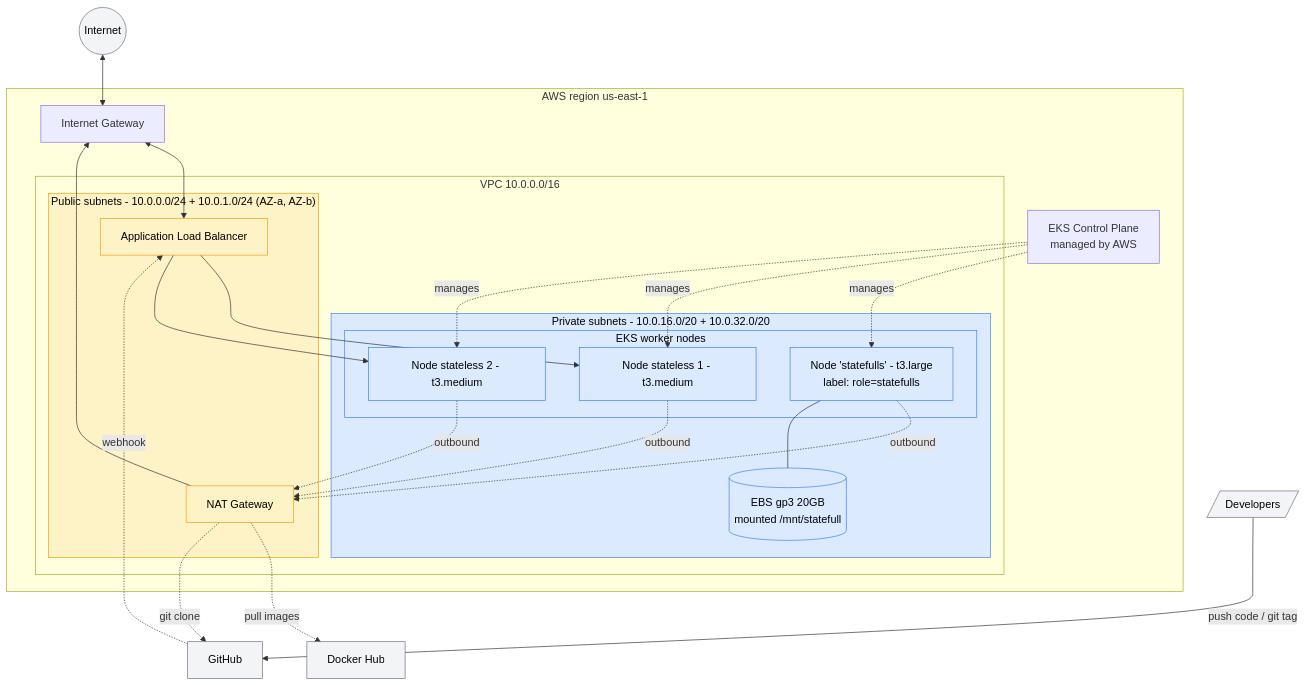
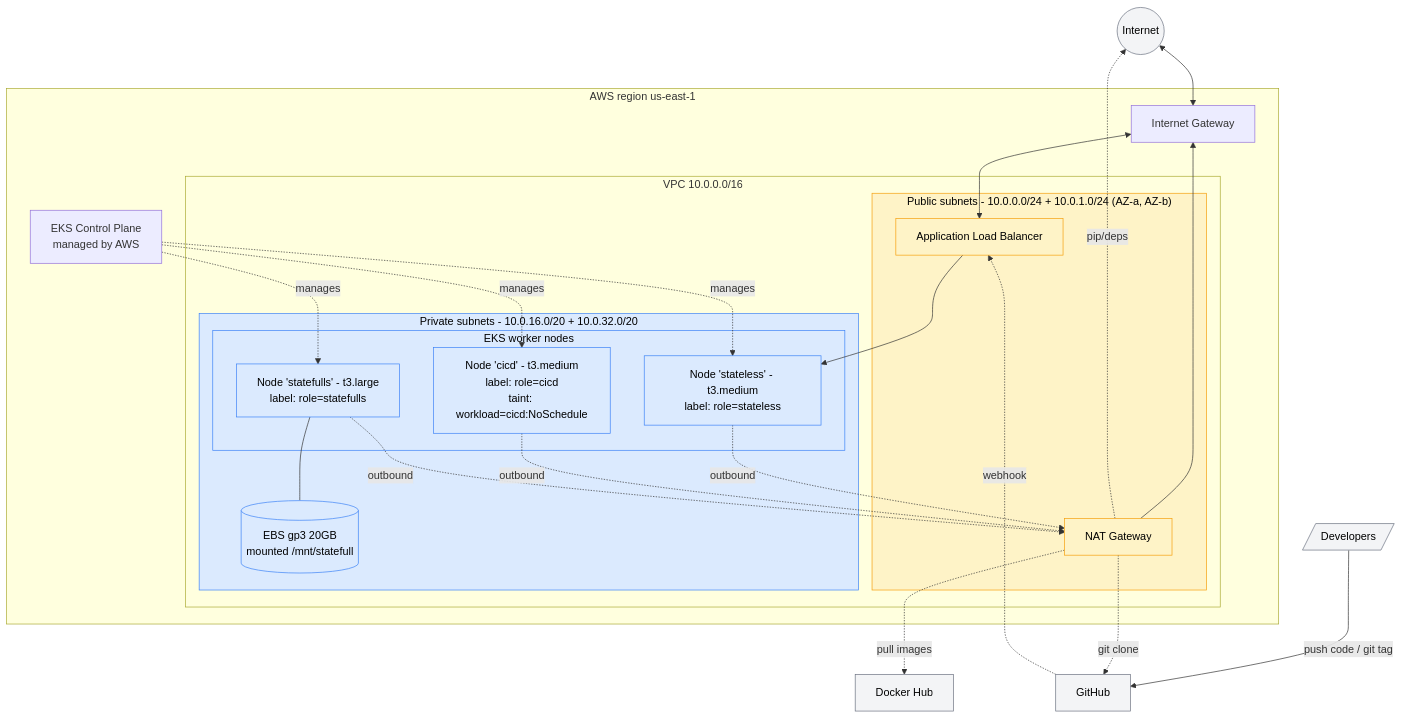
One commit to Valentino-33/tochallenge-belo changed the first of 3 diagrams in docs/architecture.md. Above: the diagram before and after it, drawn with Mermaid. The commit also changed other lines of this file and 51 other files, not shown here.

````diff
--- a/docs/architecture.md
+++ b/docs/architecture.md
@@ -11,55 +11,55 @@
 ```mermaid
 flowchart TB
     Internet((Internet))
     Dev[/Developers/]
     GH[GitHub]
     DH[Docker Hub]
 
     Dev -->|push code / git tag| GH
 
     subgraph AWS["AWS region us-east-1"]
         IGW[Internet Gateway]
 
         subgraph VPC["VPC 10.0.0.0/16"]
             subgraph PUB["Public subnets - 10.0.0.0/24 + 10.0.1.0/24 (AZ-a, AZ-b)"]
                 ALB[Application Load Balancer]
                 NAT[NAT Gateway]
             end
 
             subgraph PRIV["Private subnets - 10.0.16.0/20 + 10.0.32.0/20"]
                 subgraph NODES["EKS worker nodes"]
                     SF["Node 'statefulls' - t3.large<br/>label: role=statefulls"]
-                    SL1["Node stateless 1 - t3.medium"]
-                    SL2["Node stateless 2 - t3.medium"]
+                    SL1["Node 'stateless' - t3.medium<br/>label: role=stateless"]
+                    CI["Node 'cicd' - t3.medium<br/>label: role=cicd<br/>taint: workload=cicd:NoSchedule"]
                 end
                 EBS[("EBS gp3 20GB<br/>mounted /mnt/statefull")]
             end
         end
 
         CP[EKS Control Plane<br/>managed by AWS]
     end
 
     Internet <--> IGW
     IGW <--> ALB
     ALB --> SL1
-    ALB --> SL2
     SL1 -.outbound.-> NAT
-    SL2 -.outbound.-> NAT
+    CI  -.outbound.-> NAT
     SF  -.outbound.-> NAT
     NAT --> IGW
     GH  -.webhook.-> ALB
     NAT -.pull images.-> DH
     NAT -.git clone.-> GH
+    NAT -.pip/deps.-> Internet
     SF --- EBS
 
     CP -.manages.-> SF
     CP -.manages.-> SL1
-    CP -.manages.-> SL2
+    CP -.manages.-> CI
 
     classDef public fill:#fef3c7,stroke:#f59e0b,color:#000
     classDef private fill:#dbeafe,stroke:#3b82f6,color:#000
     classDef external fill:#f3f4f6,stroke:#6b7280,color:#000
     class PUB,ALB,NAT public
-    class PRIV,NODES,SF,SL1,SL2,EBS private
+    class PRIV,NODES,SF,SL1,CI,EBS private
     class GH,DH,Dev,Internet external
 ```
````
